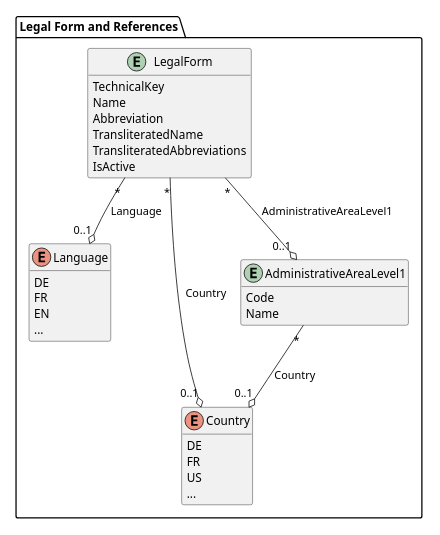
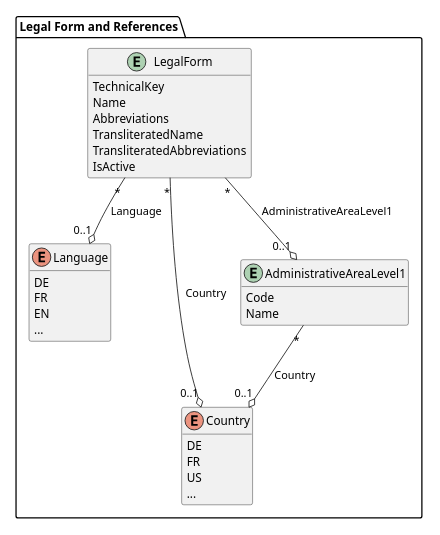
One commit to catenax-eV/catenax-ev.github.io changed the diagram in docs/standards/CX-0074-BusinessPartnerGateAPI/assets/diagrams/class/legal-form.puml. Above: the diagram before and after it, drawn with PlantUML. The commit also changed 59 other files, not shown here.

```diff
--- a/docs/standards/CX-0074-BusinessPartnerGateAPI/assets/diagrams/class/legal-form.puml
+++ b/docs/standards/CX-0074-BusinessPartnerGateAPI/assets/diagrams/class/legal-form.puml
@@ -1,44 +1,44 @@
 @startuml legal-form
 
 skinparam dpi 50
 
 package "Legal Form and References" {
 
 ' TechnicalKey should be Code
 ' Abbreviation should be Abbreviations
  entity LegalForm {
     TechnicalKey
     Name
-    Abbreviation
+    Abbreviations
     TransliteratedName
     TransliteratedAbbreviations
     IsActive
   }
 
   enum Language {
     DE
     FR
     EN
     ...
   }
 
   enum Country {
     DE
     FR
     US
     ...
   }
   
   entity AdministrativeAreaLevel1 {
     Code
     Name
   }
 
   LegalForm "*" -d-o "0..1" Language : Language
   LegalForm "*" -d-o "0..1" Country : Country
   LegalForm "*" -d-o "0..1" AdministrativeAreaLevel1 : AdministrativeAreaLevel1
   AdministrativeAreaLevel1 "*" -d-o "0..1" Country : Country
 }
 
 hide methods
 @enduml
```
